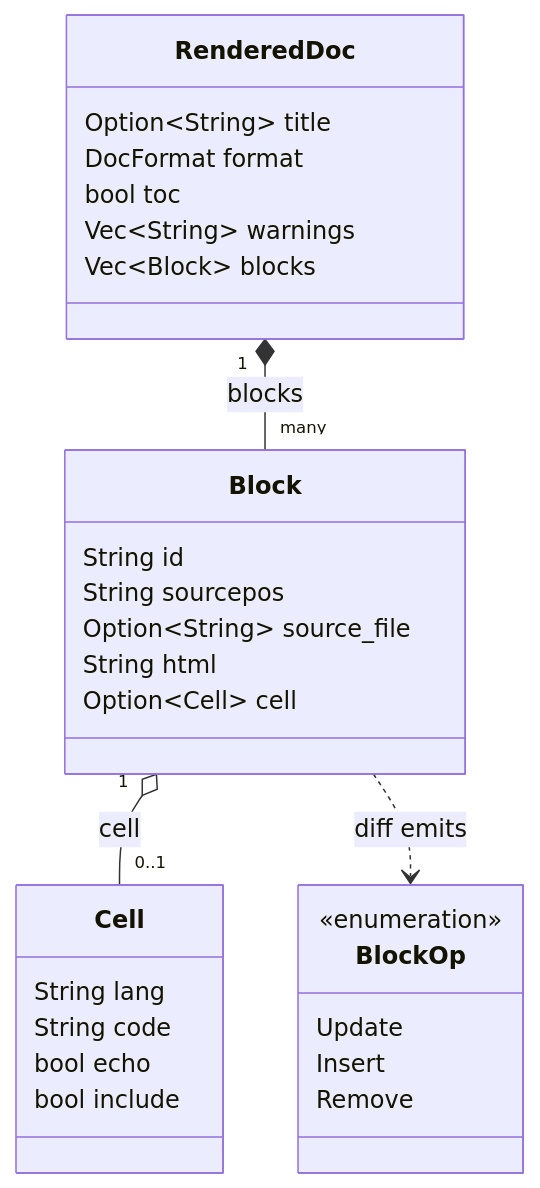
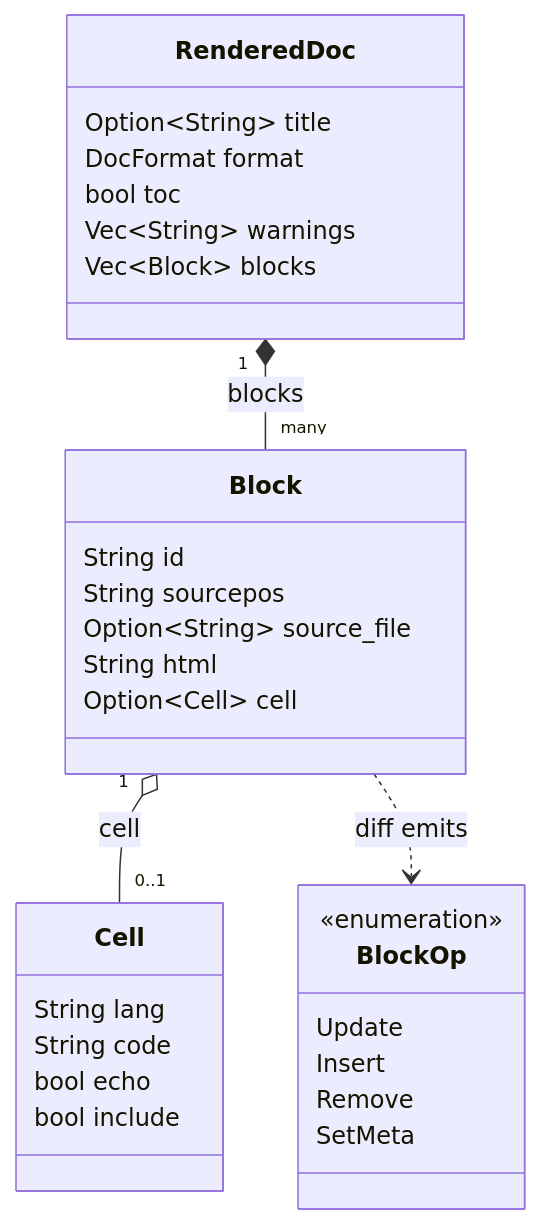
Before and after one commit to AJBogo9/taliesin: the fifth of 5 diagrams in docs/internals/architecture.qmd, drawn with Mermaid. The commit also changed other lines of this file and 10 other files, not shown here.

````diff
--- a/docs/internals/architecture.qmd
+++ b/docs/internals/architecture.qmd
@@ -147,34 +147,35 @@
 ```{mermaid}
 %%| label: fig-data-model
 %%| fig-cap: "The core data model — what flows from the parser to the client."
 classDiagram
   class RenderedDoc {
     Option~String~ title
     DocFormat format
     bool toc
     Vec~String~ warnings
     Vec~Block~ blocks
   }
   class Block {
     String id
     String sourcepos
     Option~String~ source_file
     String html
     Option~Cell~ cell
   }
   class Cell {
     String lang
     String code
     bool echo
     bool include
   }
   class BlockOp {
     <<enumeration>>
     Update
     Insert
     Remove
+    SetMeta
   }
   RenderedDoc "1" *-- "many" Block : blocks
   Block "1" o-- "0..1" Cell : cell
   Block ..> BlockOp : diff emits
 ```
````
